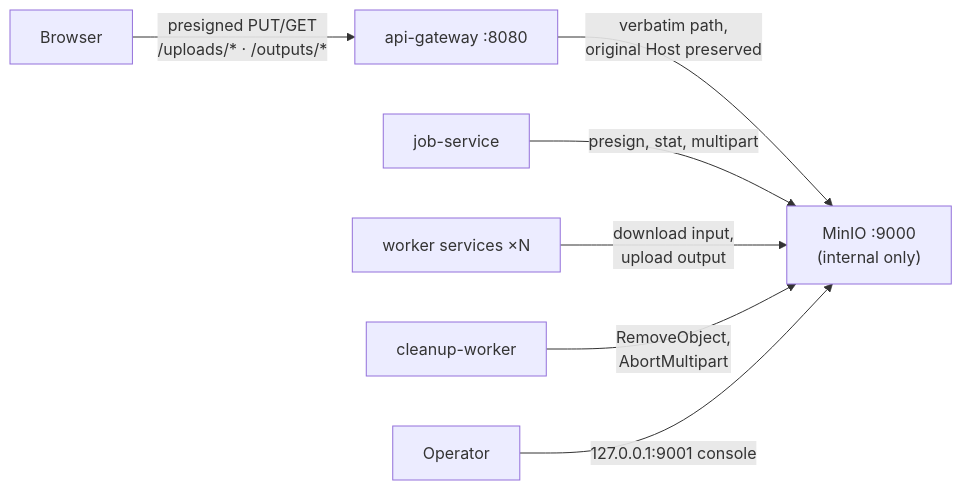
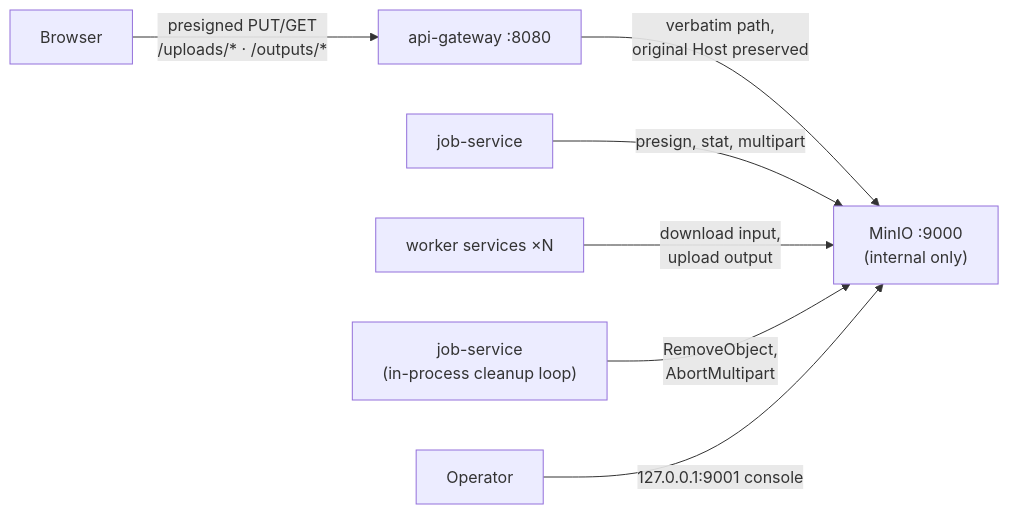
Before and after one commit to Prachidubey2003/fyredocs_backend: the diagram in docs/developer/architecture/object-storage.md, drawn with Mermaid. The commit also changed other lines of this file and 31 other files, not shown here.

First line of the commit message:
Refactor job-service to integrate cleanup logic into the main API binary

````diff
--- a/docs/developer/architecture/object-storage.md
+++ b/docs/developer/architecture/object-storage.md
@@ -11,11 +11,11 @@
 ```mermaid
 graph LR
     Browser -->|"presigned PUT/GET<br/>/uploads/* · /outputs/*"| GW["api-gateway :8080"]
     GW -->|"verbatim path,<br/>original Host preserved"| MINIO["MinIO :9000<br/>(internal only)"]
 
     JOB["job-service"] -->|presign, stat, multipart| MINIO
     W["worker services ×N"] -->|"download input,<br/>upload output"| MINIO
-    CW["cleanup-worker"] -->|"RemoveObject,<br/>AbortMultipart"| MINIO
+    JSCL["job-service<br/>(in-process cleanup loop)"] -->|"RemoveObject,<br/>AbortMultipart"| MINIO
 
     OP["Operator"] -->|127.0.0.1:9001 console| MINIO
 ```
````
